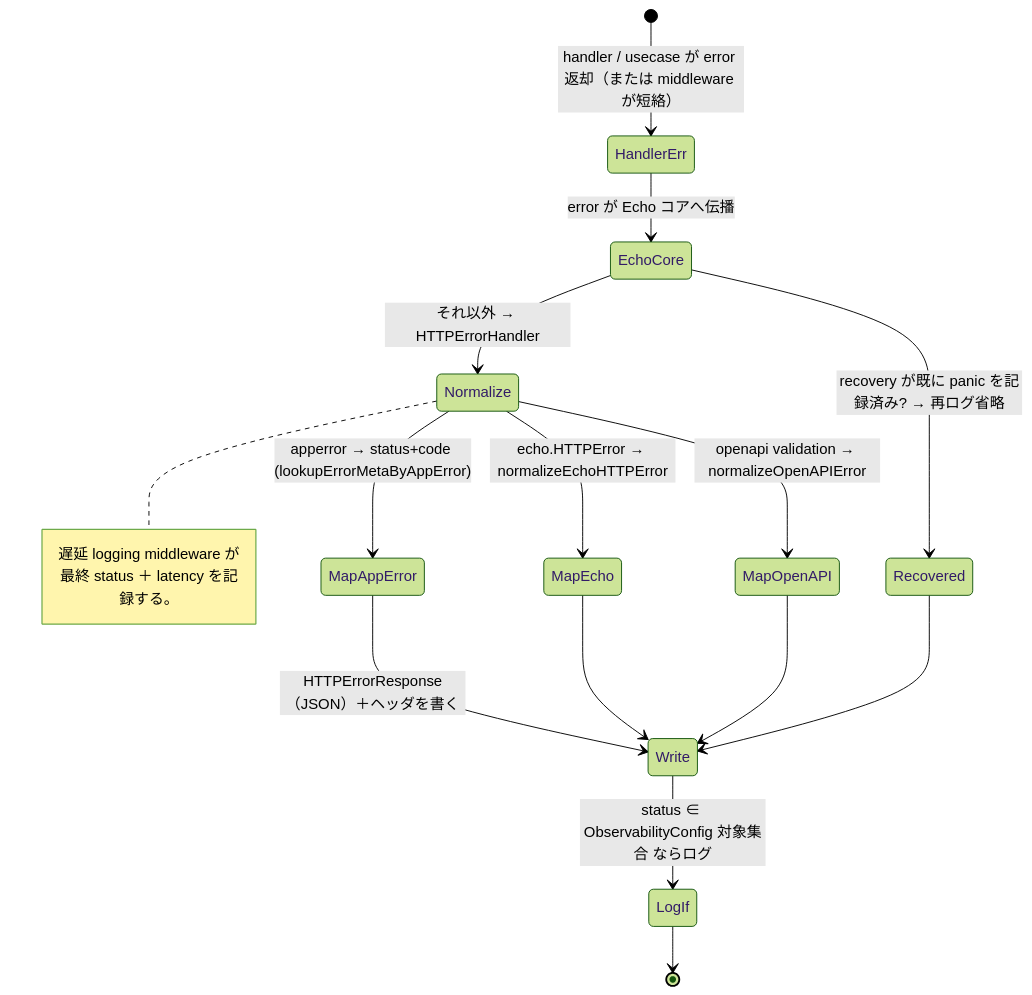
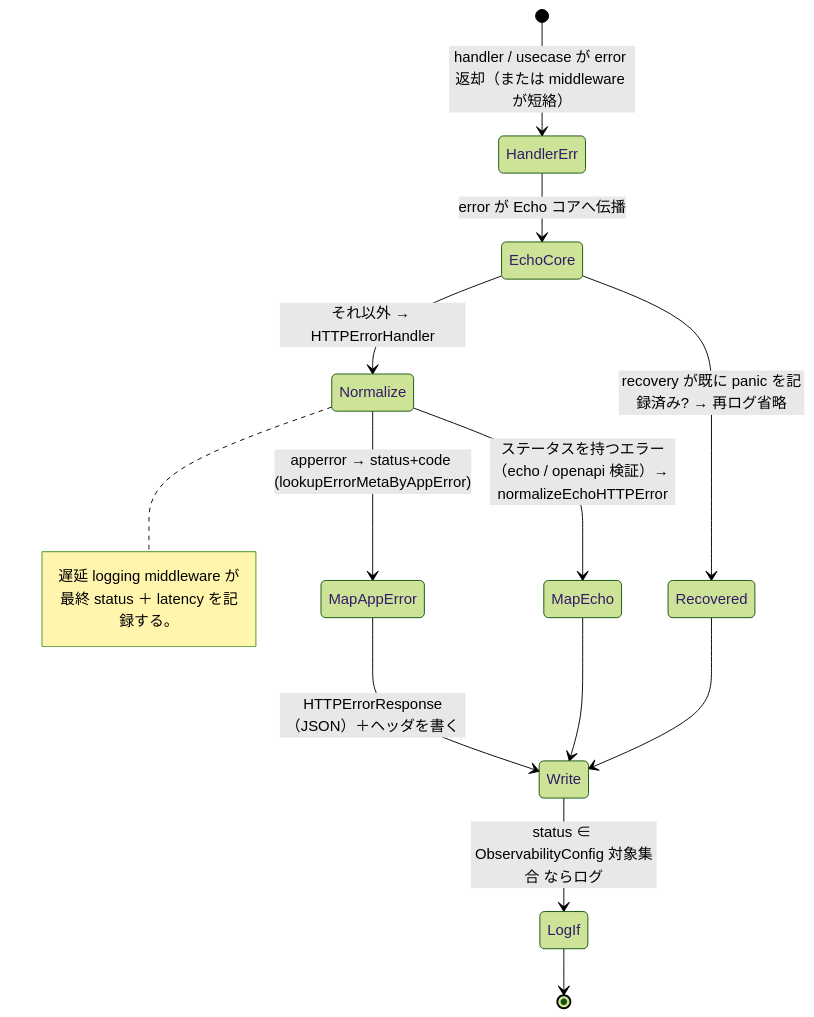
The third of 6 diagrams in docs/portal/guides/ja/rest-design.ja.md (Tomy-ch/go-boilerplate), drawn with Mermaid (forest theme) before and after one commit. The commit also changed other lines of this file and 1741 other files, not shown here.

````diff
--- a/docs/portal/guides/ja/rest-design.ja.md
+++ b/docs/portal/guides/ja/rest-design.ja.md
@@ -87,20 +89,18 @@
 ```mermaid
 stateDiagram-v2
     [*] --> HandlerErr: handler / usecase が error 返却（または middleware が短絡）
     HandlerErr --> EchoCore: error が Echo コアへ伝播
     EchoCore --> Recovered: recovery が既に panic を記録済み? → 再ログ省略
     EchoCore --> Normalize: それ以外 → HTTPErrorHandler
     Normalize --> MapAppError: apperror → status+code (lookupErrorMetaByAppError)
-    Normalize --> MapEcho: echo.HTTPError → normalizeEchoHTTPError
-    Normalize --> MapOpenAPI: openapi validation → normalizeOpenAPIError
+    Normalize --> MapEcho: ステータスを持つエラー（echo / openapi 検証）→ normalizeEchoHTTPError
     MapAppError --> Write: HTTPErrorResponse（JSON）＋ヘッダを書く
     MapEcho --> Write
-    MapOpenAPI --> Write
     Write --> LogIf: status ∈ ObservabilityConfig 対象集合 ならログ
     Recovered --> Write
     LogIf --> [*]
 
     note right of Normalize
       遅延 logging middleware が最終 status ＋ latency を記録する。
     end note
 ```
````
